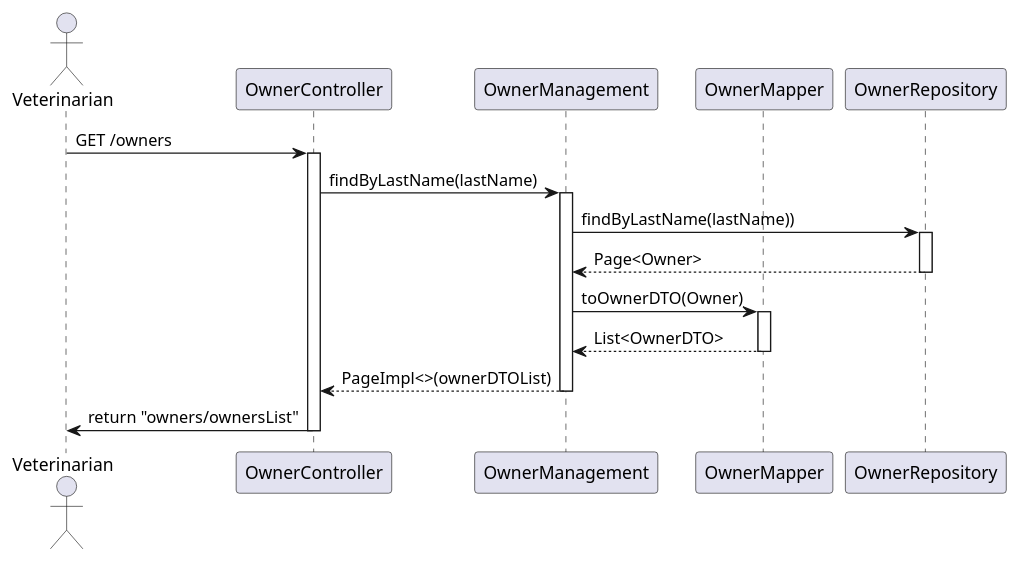
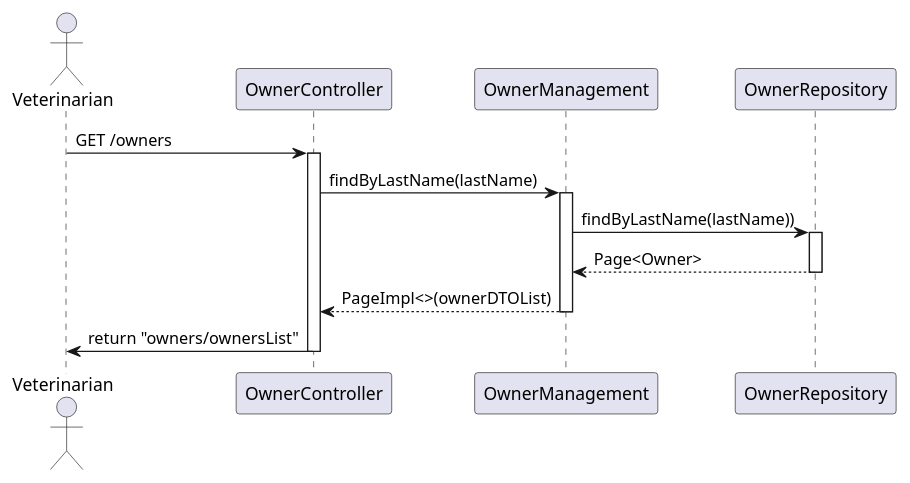
One commit to miguel1211593/spring_modulith changed the diagram in docs/modulith/SD/SearchOwner/SearchOwner.puml. Above: the diagram before and after it, drawn with PlantUML. The commit also changed 41 other files, not shown here.

```diff
--- a/docs/modulith/SD/SearchOwner/SearchOwner.puml
+++ b/docs/modulith/SD/SearchOwner/SearchOwner.puml
@@ -1,27 +1,22 @@
 @startuml
 
 actor Veterinarian
 participant "OwnerController" as Controller
 participant "OwnerManagement" as Service
-participant "OwnerMapper" as Mapper
 participant "OwnerRepository" as Repository
 
 Veterinarian -> Controller: GET /owners
 activate Controller
 Controller -> Service: findByLastName(lastName)
 activate Service
 Service -> Repository: findByLastName(lastName))
 activate Repository
 Repository --> Service: Page<Owner>
 deactivate Repository
-Service -> Mapper: toOwnerDTO(Owner)
-activate Mapper
-Mapper --> Service: List<OwnerDTO>
-deactivate Mapper
 Service --> Controller: PageImpl<>(ownerDTOList)
 deactivate Service
 Controller -> Veterinarian:return "owners/ownersList"
 deactivate Controller
 
 
 @enduml
```
